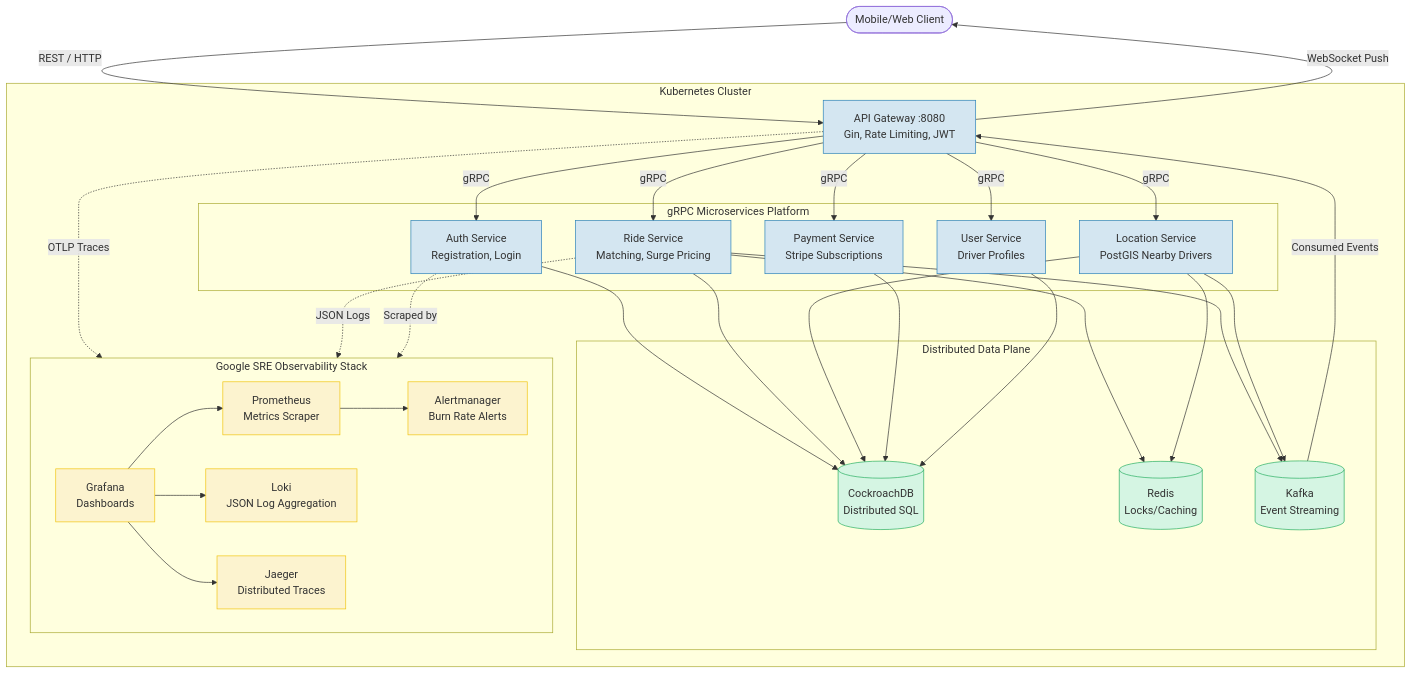
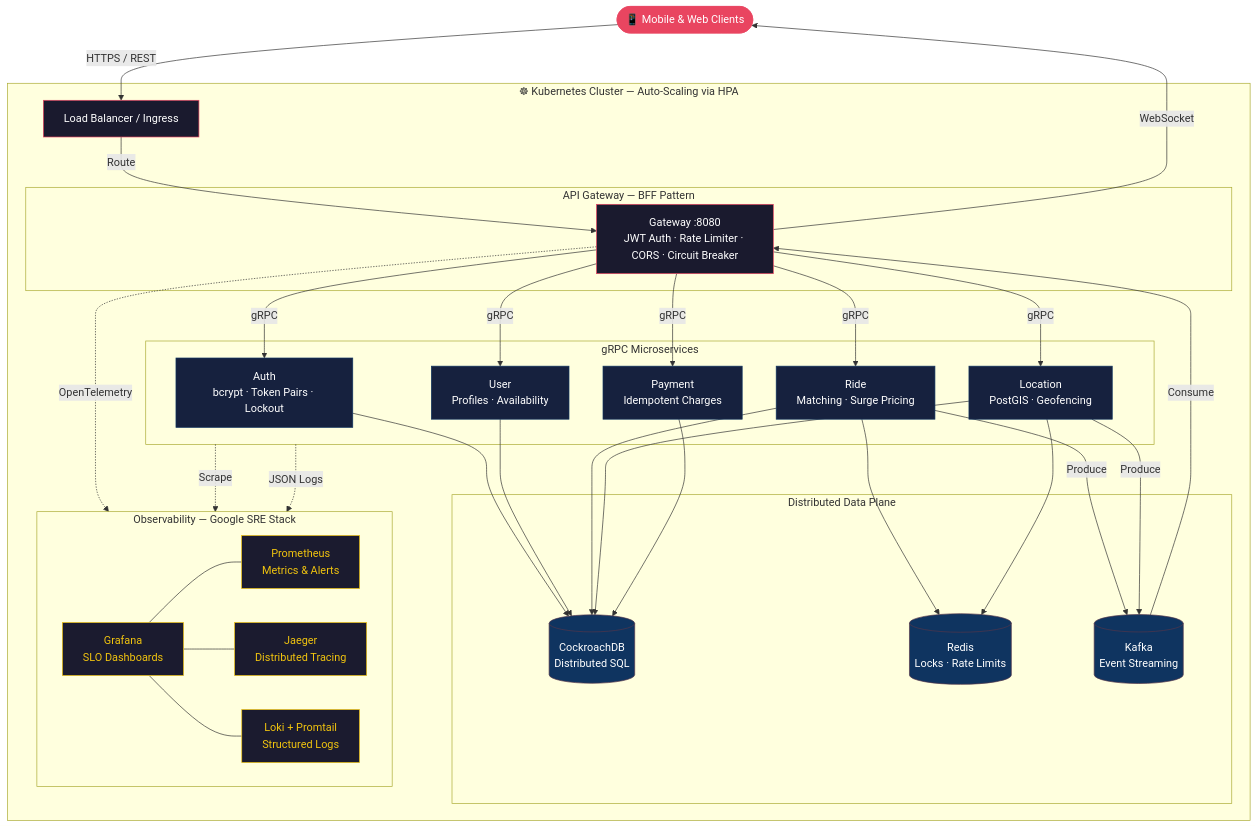
The diagram in README.md (hugoev/ridesharing), drawn with Mermaid before and after one commit. The commit also changed other lines of this file and 1 other file, not shown here.

````diff
--- a/README.md
+++ b/README.md
@@ -7,65 +7,59 @@
 ```mermaid
 graph TD
-    classDef infra fill:#f5f5f5,stroke:#999
-    classDef service fill:#d4e6f1,stroke:#2980b9
-    classDef db fill:#d5f5e3,stroke:#27ae60
-    classDef obs fill:#fcf3cf,stroke:#f1c40f
+    classDef gateway fill:#1a1a2e,stroke:#e94560,color:#fff
+    classDef svc fill:#16213e,stroke:#0f3460,color:#fff
+    classDef data fill:#0f3460,stroke:#53354a,color:#fff
+    classDef obs fill:#1b1b2f,stroke:#f1c40f,color:#f1c40f
+    classDef client fill:#e94560,stroke:#e94560,color:#fff
 
-    Client([Mobile/Web Client]) -->|REST / HTTP| Gateway
+    Client([📱 Mobile & Web Clients]):::client -->|HTTPS / REST| LB
 
-    subgraph Kubernetes [Kubernetes Cluster]
-        %% Gateway
-        Gateway[API Gateway :8080<br/>Gin, Rate Limiting, JWT]:::service
+    subgraph K8s ["☸ Kubernetes Cluster — Auto-Scaling via HPA"]
 
-        %% Microservices
-        subgraph Microservices [gRPC Microservices Platform]
-            Auth[Auth Service<br/>Registration, Login]:::service
-            Ride[Ride Service<br/>Matching, Surge Pricing]:::service
-            Location[Location Service<br/>PostGIS Nearby Drivers]:::service
-            Payment[Payment Service<br/>Stripe Subscriptions]:::service
-            User[User Service<br/>Driver Profiles]:::service
+        LB[Load Balancer / Ingress]:::gateway -->|Route| GW
+
+        subgraph BFF ["API Gateway — BFF Pattern"]
+            GW["Gateway :8080<br/>JWT Auth · Rate Limiter · CORS · Circuit Breaker"]:::gateway
         end
 
-        Gateway -->|gRPC| Auth
-        Gateway -->|gRPC| Ride
-        Gateway -->|gRPC| Location
-        Gateway -->|gRPC| Payment
-        Gateway -->|gRPC| User
-
-        %% Data Plane
-        subgraph DataPlane [Distributed Data Plane]
-            Auth --> DB[(CockroachDB<br/>Distributed SQL)]:::db
-            Ride --> DB
-            Location --> DB
-            Payment --> DB
-            User --> DB
-            
-            Ride --> Redis[(Redis<br/>Locks/Caching)]:::db
-            Location --> Redis
-            
-            Ride --> Kafka[(Kafka<br/>Event Streaming)]:::db
-            Location --> Kafka
+        subgraph Services ["gRPC Microservices"]
+            Auth["Auth<br/>bcrypt · Token Pairs · Lockout"]:::svc
+            User["User<br/>Profiles · Availability"]:::svc
+            Ride["Ride<br/>Matching · Surge Pricing"]:::svc
+            Location["Location<br/>PostGIS · Geofencing"]:::svc
+            Payment["Payment<br/>Idempotent Charges"]:::svc
         end
 
-        %% Observability Stack
-        subgraph Observability [Google SRE Observability Stack]
+        GW -->|gRPC| Auth
+        GW -->|gRPC| User
+        GW -->|gRPC| Ride
+        GW -->|gRPC| Location
+        GW -->|gRPC| Payment
+
+        subgraph Data ["Distributed Data Plane"]
+            DB[(CockroachDB<br/>Distributed SQL)]:::data
+            Cache[(Redis<br/>Locks · Rate Limits)]:::data
+            MQ[(Kafka<br/>Event Streaming)]:::data
+        end
+
+        Auth & User & Ride & Location & Payment --> DB
+        Ride & Location --> Cache
+        Ride & Location -->|Produce| MQ
+        MQ -->|Consume| GW
+
+        subgraph Observe ["Observability — Google SRE Stack"]
             direction LR
-            Grafana[Grafana<br/>Dashboards]:::obs --> Prometheus[Prometheus<br/>Metrics Scraper]:::obs
-            Grafana --> Loki[Loki<br/>JSON Log Aggregation]:::obs
-            Grafana --> Jaeger[Jaeger<br/>Distributed Traces]:::obs
-            
-            Prometheus --> Alertmanager[Alertmanager<br/>Burn Rate Alerts]:::obs
+            Prom[Prometheus<br/>Metrics & Alerts]:::obs
+            Trace[Jaeger<br/>Distributed Tracing]:::obs
+            Log[Loki + Promtail<br/>Structured Logs]:::obs
+            Dash[Grafana<br/>SLO Dashboards]:::obs
         end
-        
-        %% Implicit connections
-        Gateway -.->|OTLP Traces| Jaeger
-        Ride -.->|JSON Logs| Loki
-        Auth -.->|Scraped by| Prometheus
 
-        %% Real-time Event Flow
-        Kafka -->|Consumed Events| Gateway
+        GW -.->|OpenTelemetry| Trace
+        Services -.->|Scrape| Prom
+        Services -.->|JSON Logs| Log
+        Dash --- Prom & Trace & Log
     end
 
-    Gateway -->|WebSocket Push| Client
-
+    GW -->|WebSocket| Client
 ```
````
